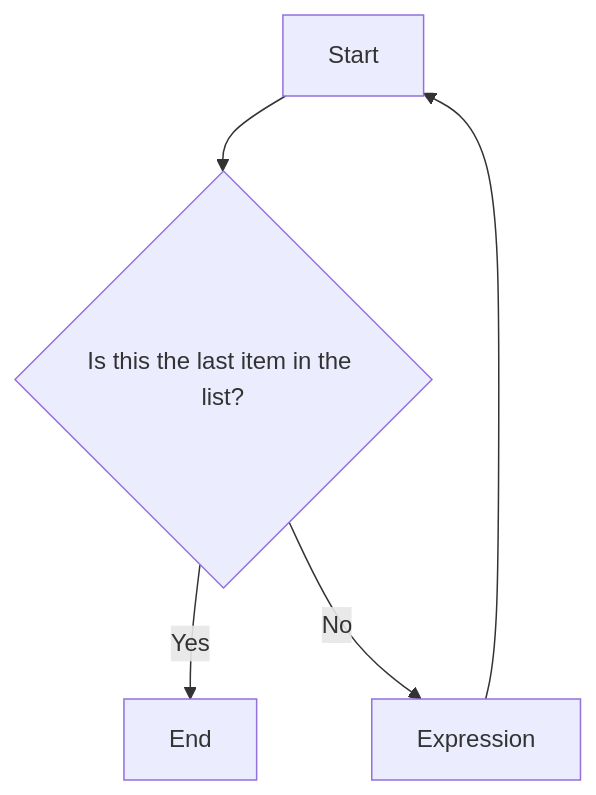
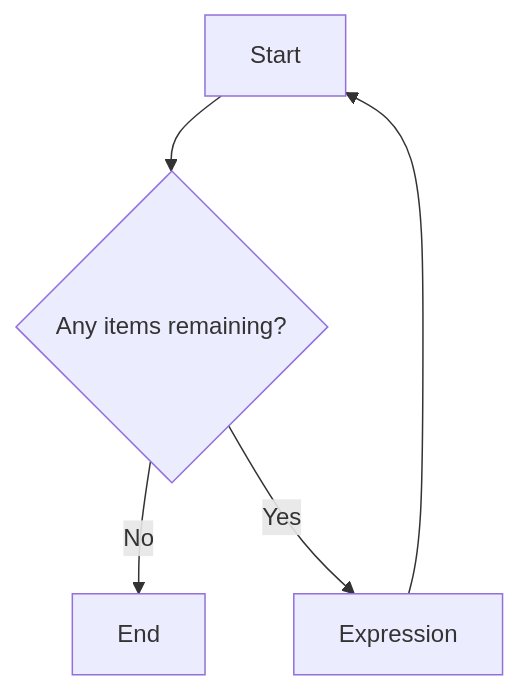
Before and after one commit to TheDeanLab/Intro-to-Python: the second of 3 diagrams in slides/pages/control-flow.md, drawn with Mermaid. The commit also changed other lines of this file and 2 other files, not shown here.

Commit message:
small changes to slides

````diff
--- a/slides/pages/control-flow.md
+++ b/slides/pages/control-flow.md
@@ -161,7 +161,7 @@
 ```mermaid {theme: 'neutral', scale: 0.6}
 graph TD
-A[Start] --> B{Is this the last item in the list?}
-B -- Yes --> C[End]
-B -- No --> D[Expression]
+A[Start] --> B{Any items remaining?}
+B -- No --> C[End]
+B -- Yes --> D[Expression]
 D --> A
 ```
````
